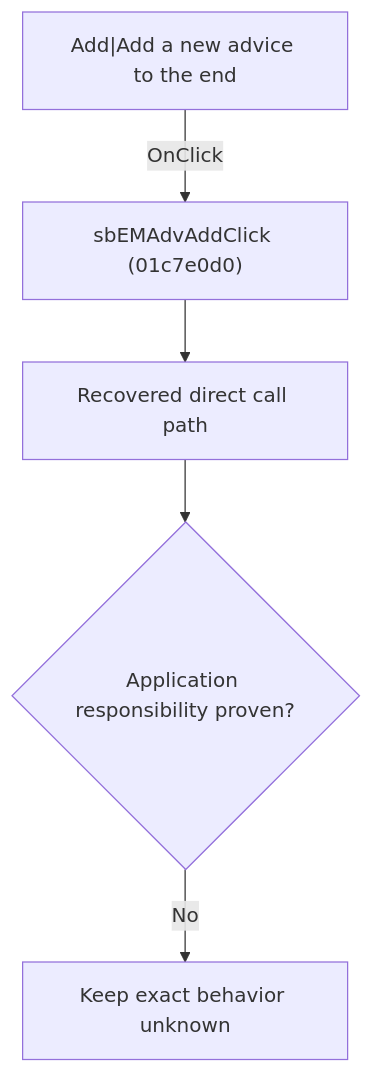
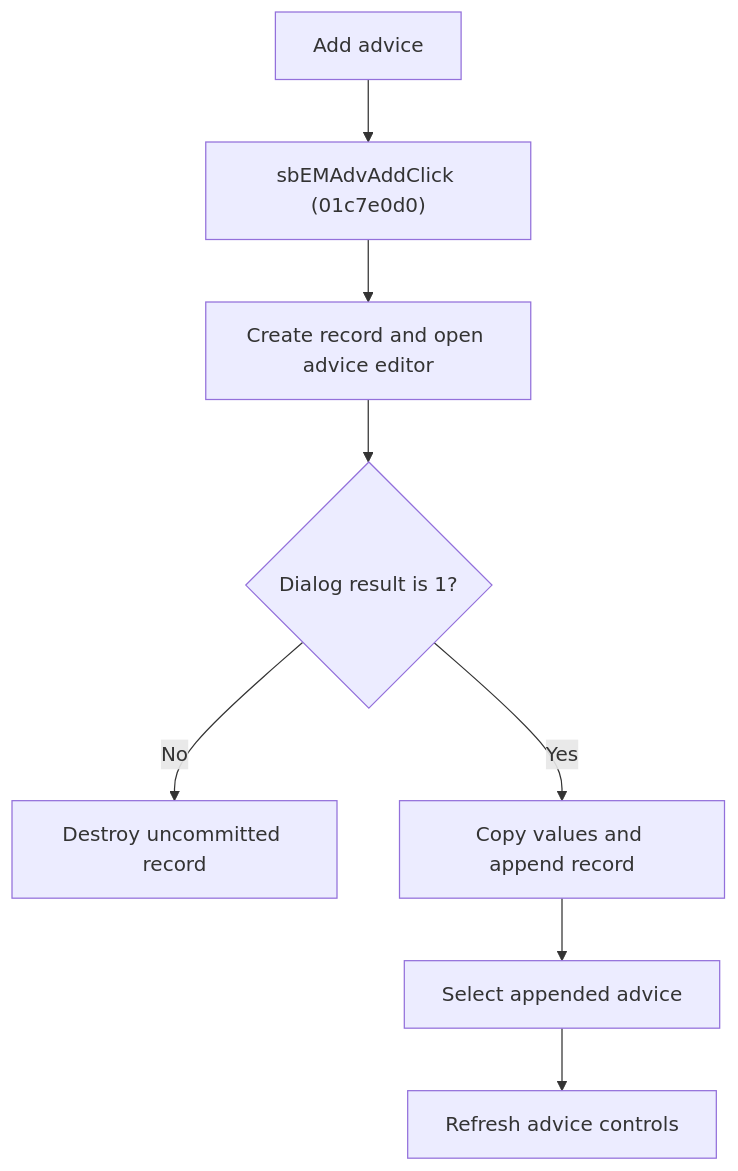
One commit to MovGP0/TIARA changed the diagram in docs/ui-controls/schematiceditor/sbemadvadd-c0b4767a52.md. Above: the diagram before and after it, drawn with Mermaid. The commit also changed other lines of this file and 241 other files, not shown here.

````diff
--- a/docs/ui-controls/schematiceditor/sbemadvadd-c0b4767a52.md
+++ b/docs/ui-controls/schematiceditor/sbemadvadd-c0b4767a52.md
@@ -27,7 +20,10 @@
 ```mermaid
 flowchart TD
-    control["Add|Add a new advice to the end"] -->|"OnClick"| handler["sbEMAdvAddClick (01c7e0d0)"]
-    handler --> recovered["Recovered direct call path"]
-    recovered --> gap{"Application responsibility proven?"}
-    gap -->|"No"| blocked["Keep exact behavior unknown"]
+    control["Add advice"] --> handler["sbEMAdvAddClick (01c7e0d0)"]
+    handler --> dialog["Create record and open advice editor"]
+    dialog --> accepted{"Dialog result is 1?"}
+    accepted -->|"No"| discard["Destroy uncommitted record"]
+    accepted -->|"Yes"| append["Copy values and append record"]
+    append --> select["Select appended advice"]
+    select --> refresh["Refresh advice controls"]
 ```
````
